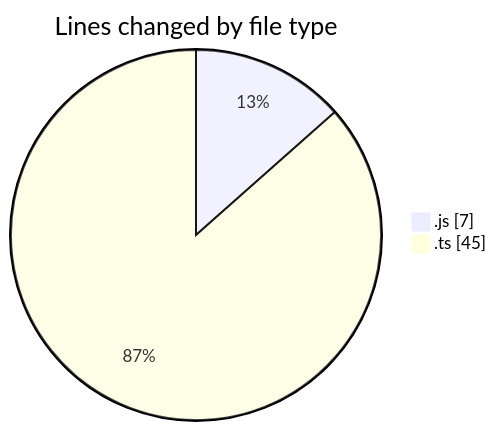
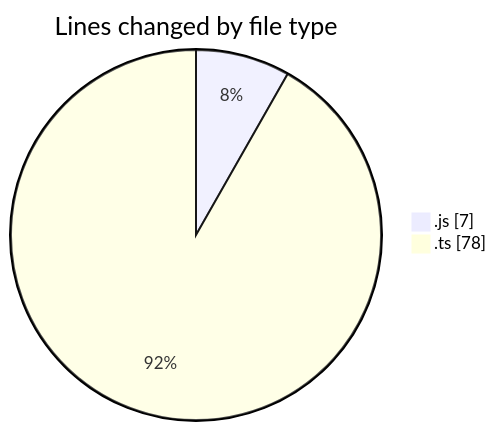
The first of 2 diagrams in 2025-06-18/cda/README.md (momahboobian/code-tracking), drawn with Mermaid before and after one commit. The commit also changed other lines of this file and 1 other file, not shown here.

````diff
--- a/2025-06-18/cda/README.md
+++ b/2025-06-18/cda/README.md
@@ -22,6 +23,6 @@
 ```mermaid
 pie showData
 title Lines changed by file type
 ".js" : 7
-".ts" : 45
+".ts" : 78
 ```
````
